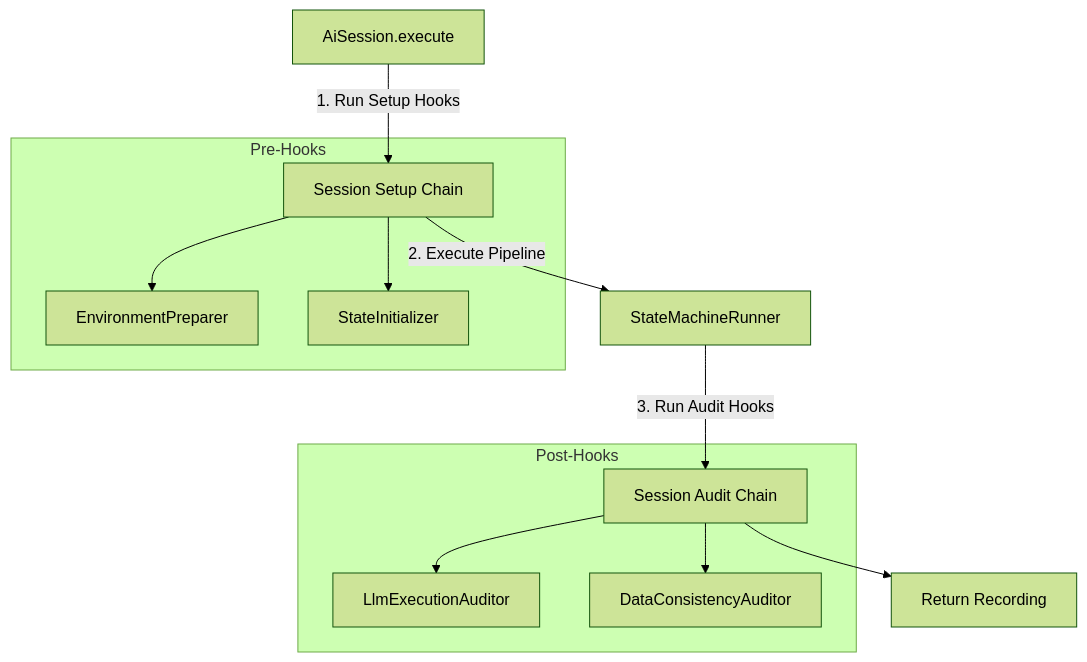
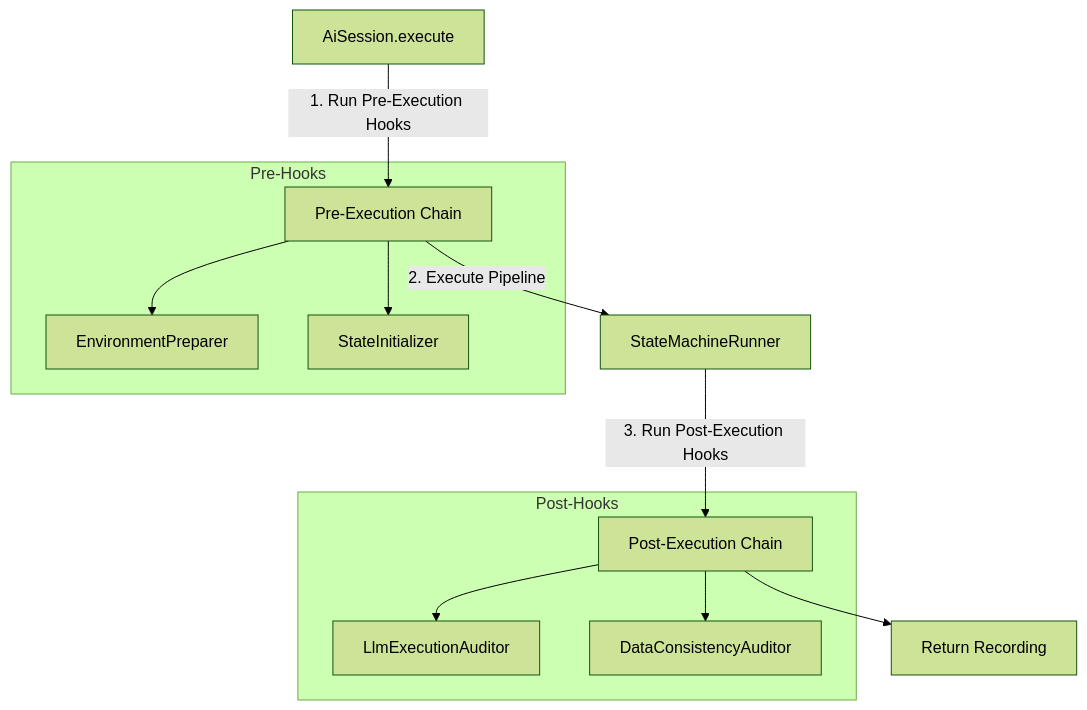
Before and after one commit to Xceptance/neodymium: diagram 14 of 15 in doc/redesign-v2/architecture.md, drawn with Mermaid (forest theme). The commit also changed other lines of this file and 2 other files, not shown here.

Commit message:
docs: define PreExecutionHook and PostExecutionHook interfaces with event-driven diagnostics

````diff
--- a/doc/redesign-v2/architecture.md
+++ b/doc/redesign-v2/architecture.md
@@ -1628,17 +1651,17 @@
 ```mermaid
 graph TD
-    Start[AiSession.execute] -->|1. Run Setup Hooks| PreHooks[Session Setup Chain]
+    Start[AiSession.execute] -->|1. Run Pre-Execution Hooks| PreHooks[Pre-Execution Chain]
     PreHooks -->|2. Execute Pipeline| Runner[StateMachineRunner]
-    Runner -->|3. Run Audit Hooks| PostHooks[Session Audit Chain]
+    Runner -->|3. Run Post-Execution Hooks| PostHooks[Post-Execution Chain]
     PostHooks --> End[Return Recording]
 
     subgraph Pre-Hooks
         PreHooks --> S1[EnvironmentPreparer]
         PreHooks --> S2[StateInitializer]
     end
 
     subgraph Post-Hooks
         PostHooks --> A1[LlmExecutionAuditor]
         PostHooks --> A2[DataConsistencyAuditor]
     end
 ```
````
